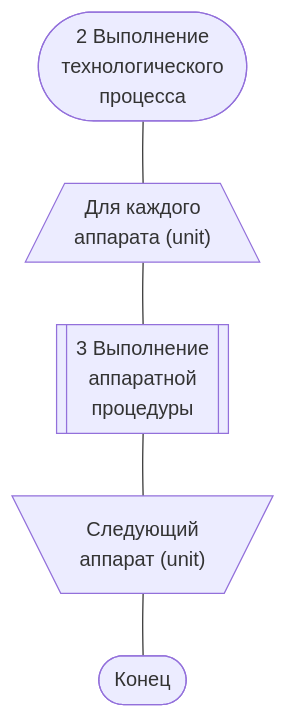
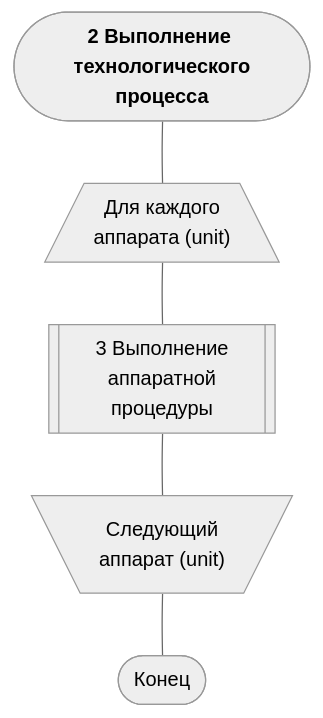
Before and after one commit to savushkin-r-d/ptusa_main: the first of 5 diagrams in russian_readme/readme.md, drawn with Mermaid. The commit also changed other lines of this file and 1 other file, not shown here.

````diff
--- a/russian_readme/readme.md
+++ b/russian_readme/readme.md
@@ -28,12 +28,12 @@
 ``` mermaid
+%%{ init: {'theme': 'neutral'} }%%
 
 flowchart TD
-
-    A(["2 Выполнение <br/> технологического <br/> процесса"])
+    A(["<b>2 Выполнение <br/> технологического процесса</b>"])
     ---
     B[/"Для каждого <br/> аппарата (unit)"\]
-    B --- C[["3 Выполнение <br/> аппаратной <br/> процедуры"]]
+    B --- C[["<p style='width:150px'>3 Выполнение <br/> аппаратной <br/> процедуры"]]
     C --- D[\"Следующий <br/> аппарат (unit)"/]
     D --- E([Конец])
 
 ```
````
